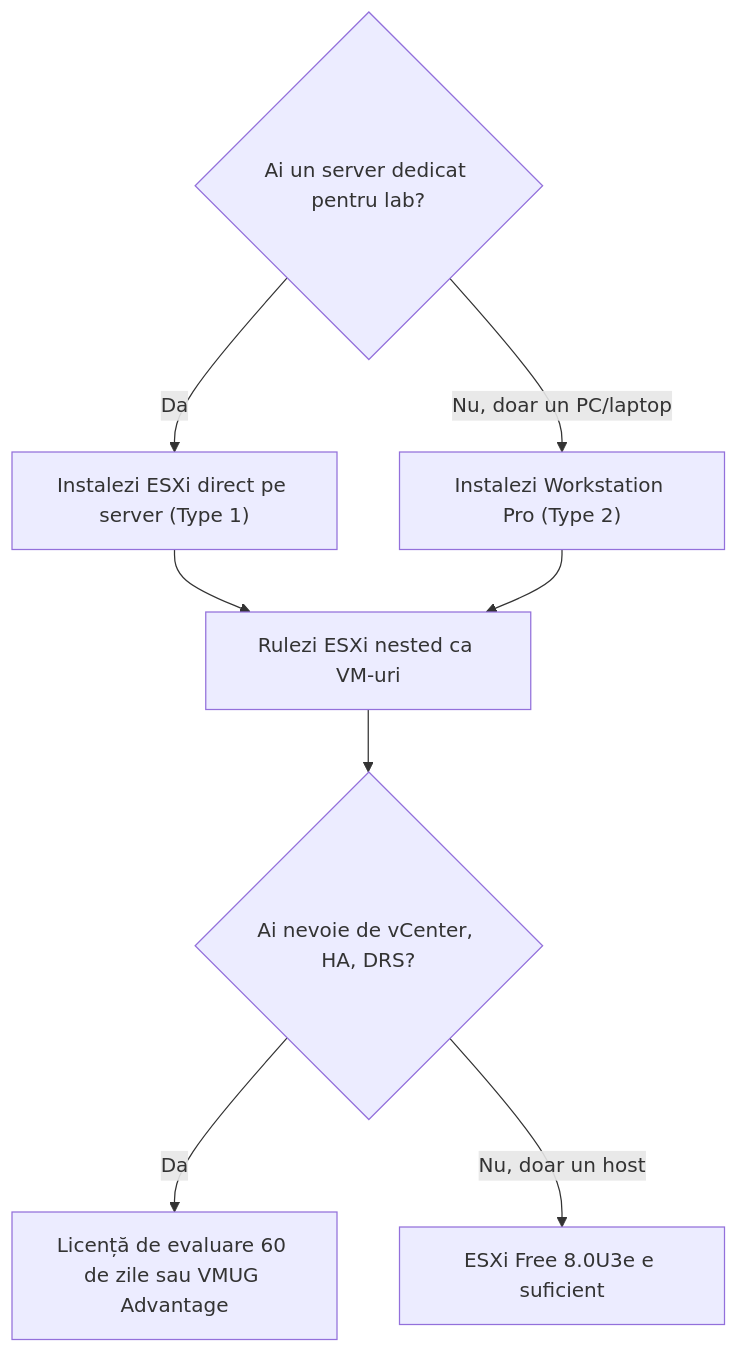
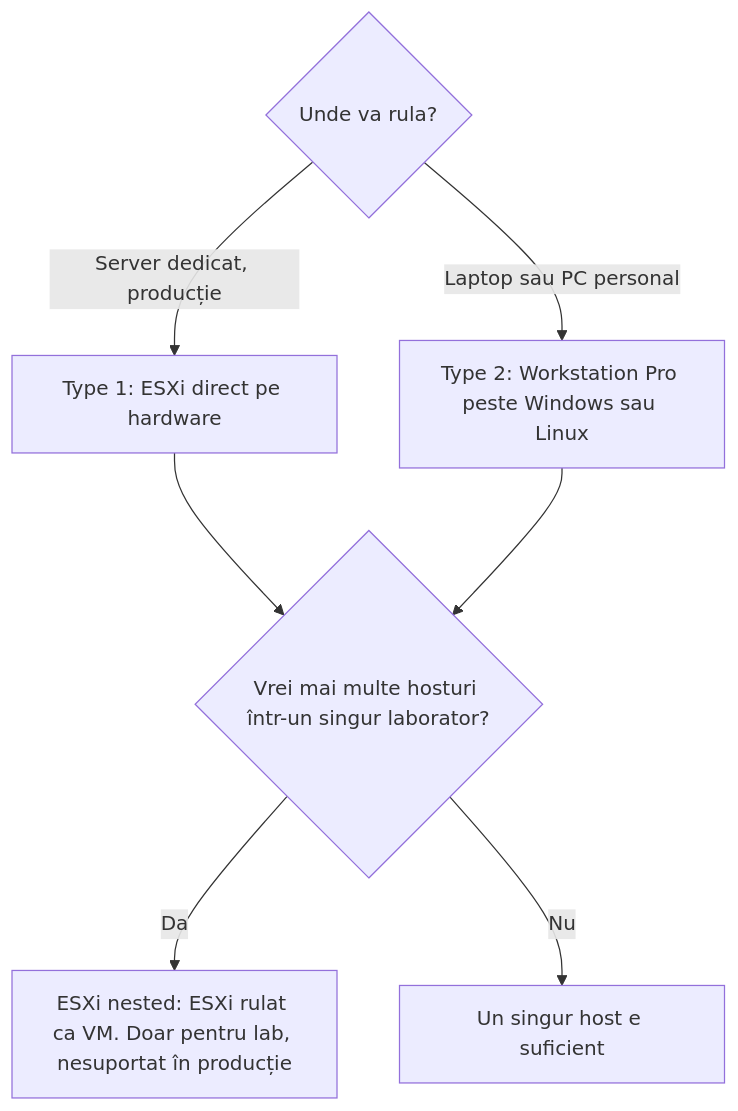
Before and after one commit to alex-andu/vmware-learning-ro: the second of 3 diagrams in content/01-fundamente/01-ce-este-virtualizarea.ro.md, drawn with Mermaid. The commit also changed other lines of this file and 4 other files, not shown here.

First line of the commit message:
content: capitolul-pilot 1.1 rescris (19 surse, 4 diagrame, lab si quiz noi)

````diff
--- a/content/01-fundamente/01-ce-este-virtualizarea.ro.md
+++ b/content/01-fundamente/01-ce-este-virtualizarea.ro.md
@@ -56,10 +85,9 @@
 ```mermaid
 flowchart TD
-  A{"Ai un server dedicat pentru lab?"} -->|Da| B["Instalezi ESXi direct pe server (Type 1)"]
-  A -->|Nu, doar un PC/laptop| C["Instalezi Workstation Pro (Type 2)"]
-  B --> D["Rulezi ESXi nested ca VM-uri"]
-  C --> D
-  D --> E{"Ai nevoie de vCenter, HA, DRS?"}
-  E -->|Da| F["Licență de evaluare 60 de zile sau VMUG Advantage"]
-  E -->|Nu, doar un host| G["ESXi Free 8.0U3e e suficient"]
+  Q1{"Unde va rula?"} -->|"Server dedicat, producție"| T1["Type 1: ESXi direct pe hardware"]
+  Q1 -->|"Laptop sau PC personal"| T2["Type 2: Workstation Pro peste Windows sau Linux"]
+  T1 --> Q2{"Vrei mai multe hosturi într-un singur laborator?"}
+  T2 --> Q2
+  Q2 -->|"Da"| N["ESXi nested: ESXi rulat ca VM. Doar pentru lab, nesuportat în producție"]
+  Q2 -->|"Nu"| S["Un singur host e suficient"]
 ```
````
